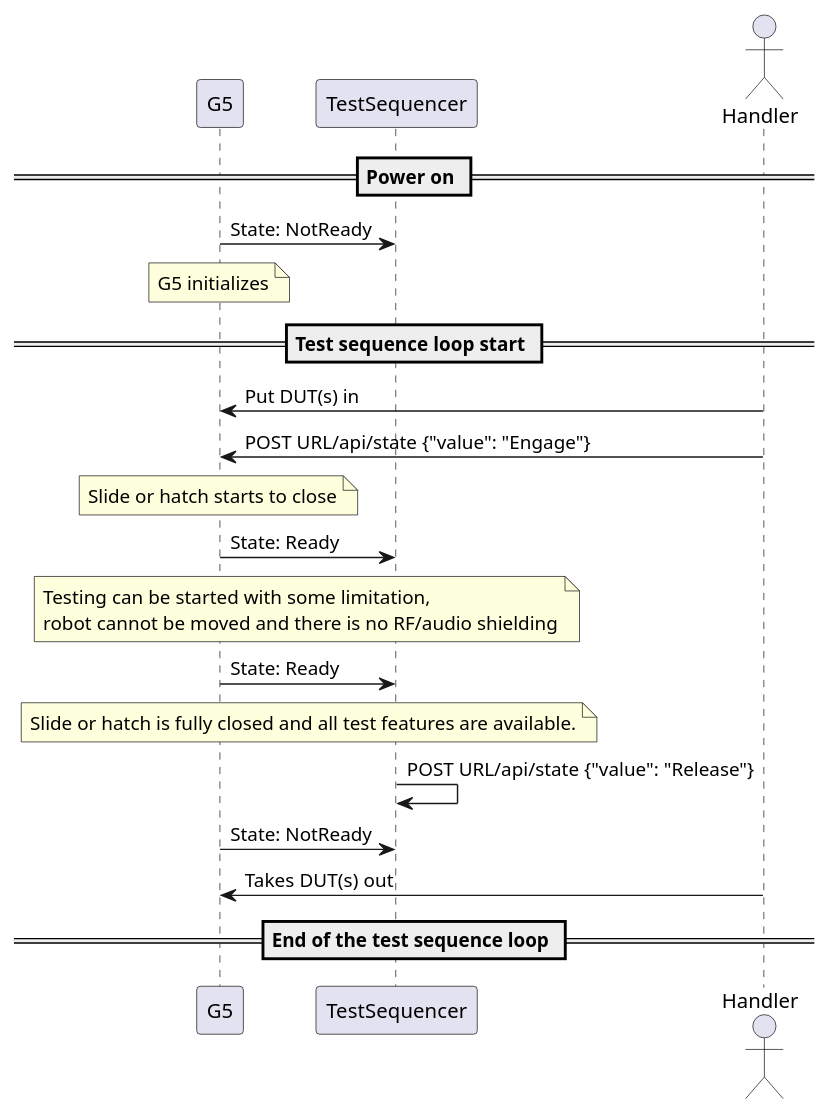
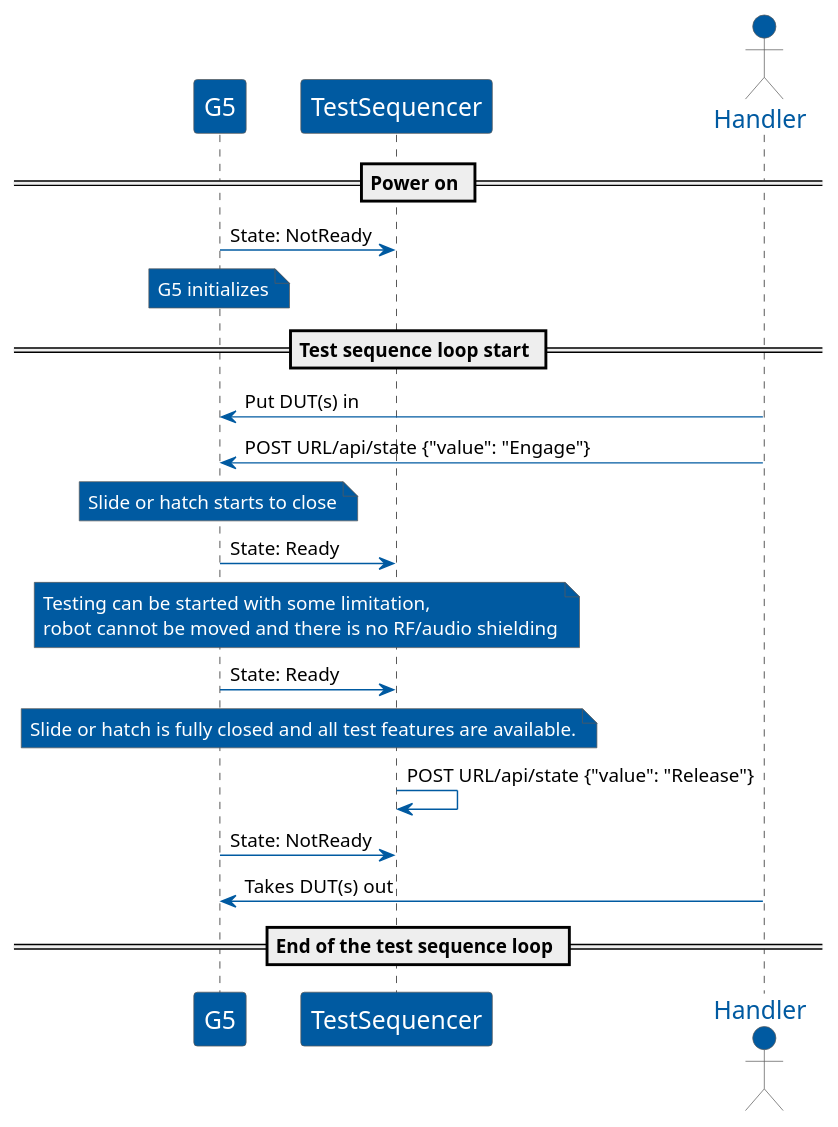
One commit to jotautomation/G5-Test-Sequencer-Docs changed the diagram in pumls/G5_handler_sequence.puml. Above: the diagram before and after it, drawn with PlantUML. The commit also changed 2 other files, not shown here.

```diff
--- a/pumls/G5_handler_sequence.puml
+++ b/pumls/G5_handler_sequence.puml
@@ -1,42 +1,65 @@
 @startuml
+
+skinparam noteBorderColor #5a5a5a
+skinparam noteBackgroundColor #005aa1
+skinparam noteFontColor white
+
+
+skinparam sequence {
+  ArrowColor #005aa1
+  ParticipantBackgroundColor #005aa1
+  ParticipantFontName Apex
+  ParticipantFontSize 17
+  ParticipantFontColor White
+  ParticipantBorderColor #5a5a5a
+
+  ActorBorderColor #5a5a5a
+  ActorBackgroundColor #005aa1
+  ActorFontColor #005aa1
+  ActorFontSize 17
+  ActorFontName Apex
+
+
+}
+
 
 participant G5
 participant TestSequencer
 actor Handler
 
 == Power on ==
 
 G5 -> TestSequencer: State: NotReady
 note over G5: G5 initializes
 
 
 == Test sequence loop start ==
 
 Handler -> G5: Put DUT(s) in
 
 Handler -> G5: POST URL/api/state {"value": "Engage"}
 
 
 note over G5: Slide or hatch starts to close
 
 G5 -> TestSequencer: State: Ready
 
 note over TestSequencer, G5
 Testing can be started with some limitation,
 robot cannot be moved and there is no RF/audio shielding
 end note
 
 G5 -> TestSequencer: State: Ready
 
 note over TestSequencer, G5: Slide or hatch is fully closed and all test features are available.
 
 TestSequencer -> TestSequencer: POST URL/api/state {"value": "Release"}
 
 G5 -> TestSequencer: State: NotReady
 
 Handler -> G5: Takes DUT(s) out
 
 == End of the test sequence loop ==
 
 
 @enduml
```
